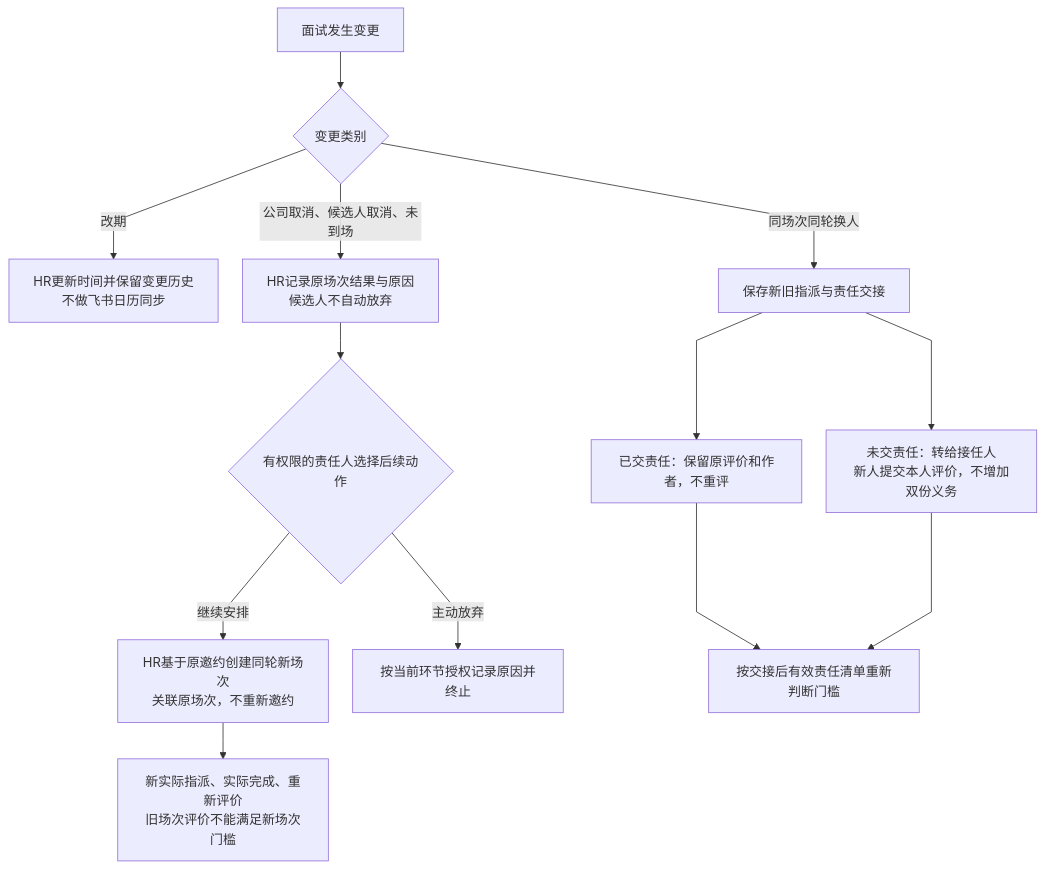
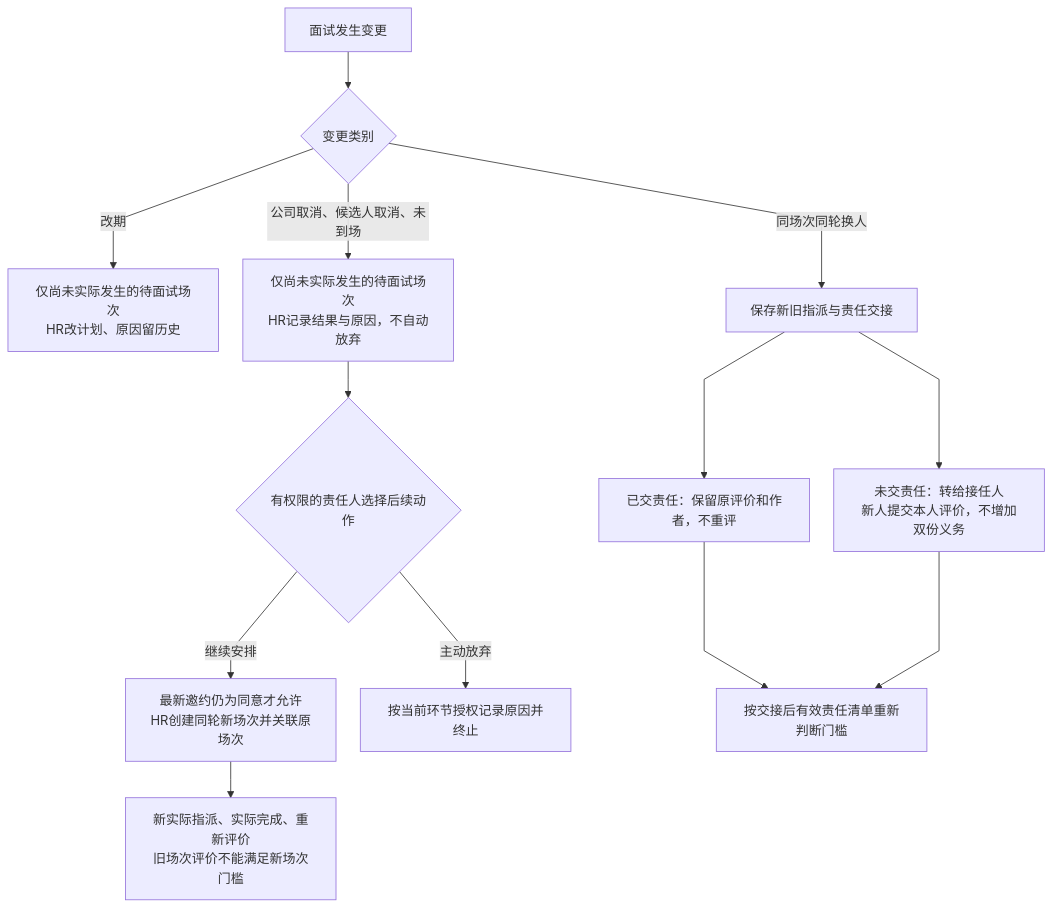
One commit to leidaibo-lab/pm-hrm changed diagram 11 of 20 in docs/product/模块/招聘管理/业务流程与数据流转图.md. Above: the diagram before and after it, drawn with Mermaid. The commit also changed other lines of this file and 18 other files, not shown here.

````diff
--- a/docs/product/模块/招聘管理/业务流程与数据流转图.md
+++ b/docs/product/模块/招聘管理/业务流程与数据流转图.md
@@ -279,16 +279,16 @@
 ```mermaid
 %%{init: {"flowchart":{"curve":"linear","nodeSpacing":30,"rankSpacing":45,"diagramPadding":16,"wrappingWidth":200},"sequence":{"mirrorActors":false,"actorMargin":45,"messageMargin":30,"noteMargin":12,"wrap":false},"er":{"diagramPadding":16,"minEntityWidth":130,"minEntityHeight":45}}}%%
 flowchart TB
     Change["面试发生变更"] --> Type{"变更类别"}
-    Type -->|改期| Reschedule["HR更新时间并保留变更历史<br/>不做飞书日历同步"]
-    Type -->|公司取消、候选人取消、未到场| Original["HR记录原场次结果与原因<br/>候选人不自动放弃"]
+    Type -->|改期| Reschedule["仅尚未实际发生的待面试场次<br/>HR改计划、原因留历史"]
+    Type -->|公司取消、候选人取消、未到场| Original["仅尚未实际发生的待面试场次<br/>HR记录结果与原因，不自动放弃"]
     Original --> Choice{"有权限的责任人选择后续动作"}
-    Choice -->|继续安排| Replacement["HR基于原邀约创建同轮新场次<br/>关联原场次，不重新邀约"]
+    Choice -->|继续安排| Replacement["最新邀约仍为同意才允许<br/>HR创建同轮新场次并关联原场次"]
     Replacement --> NewEval["新实际指派、实际完成、重新评价<br/>旧场次评价不能满足新场次门槛"]
     Choice -->|主动放弃| Withdraw["按当前环节授权记录原因并终止"]
     Type -->|同场次同轮换人| Swap["保存新旧指派与责任交接"]
     Swap --> Submitted["已交责任：保留原评价和作者，不重评"]
     Swap --> Pending["未交责任：转给接任人<br/>新人提交本人评价，不增加双份义务"]
     Submitted --> Gate["按交接后有效责任清单重新判断门槛"]
     Pending --> Gate
 ```
````
